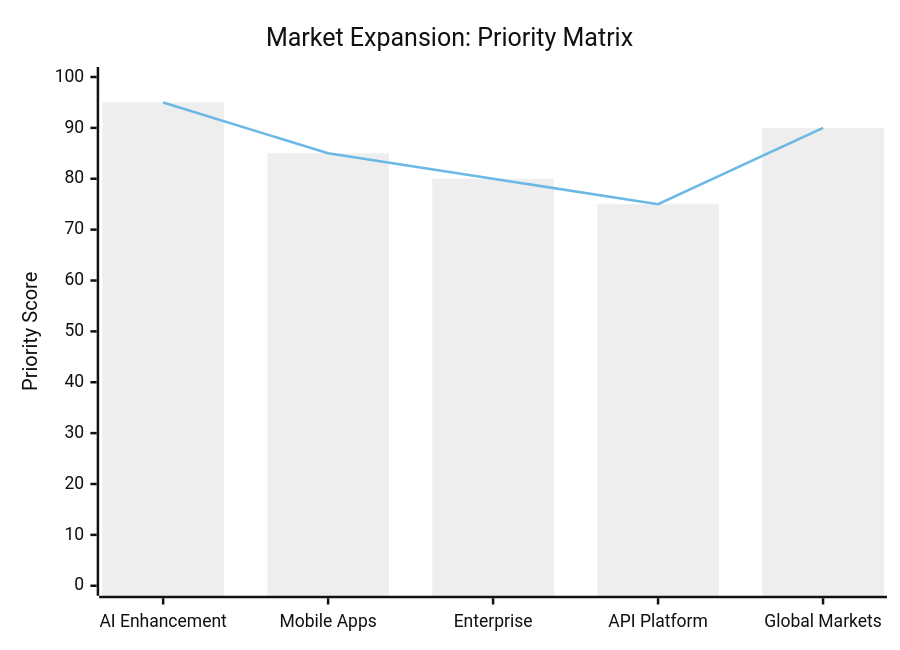
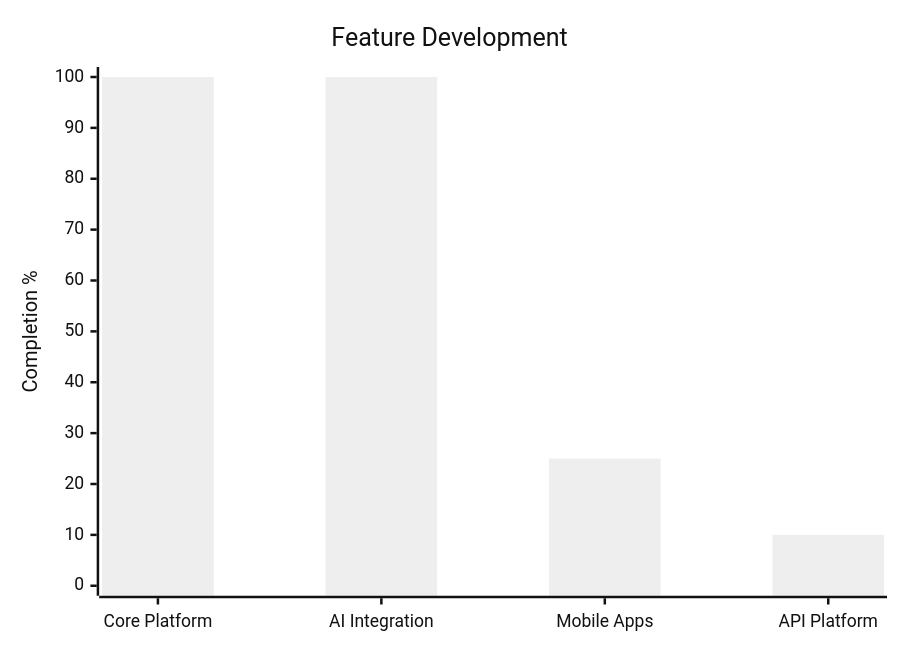
One commit to Iceman-Dann/Medly changed the eighth of 8 diagrams in README.md. Above: the diagram before and after it, drawn with Mermaid (neutral theme). The commit also changed other lines of this file, not shown here.

````diff
--- a/README.md
+++ b/README.md
@@ -213,8 +114,7 @@
 ```mermaid
 xychart-beta
-    title "Market Expansion: Priority Matrix"
-    x-axis ["AI Enhancement", "Mobile Apps", "Enterprise", "API Platform", "Global Markets"]
-    y-axis "Priority Score" 0 --> 100
-    bar [95, 85, 80, 75, 90]
-    line [95, 85, 80, 75, 90]
+    title "Feature Development"
+    x-axis ["Core Platform", "AI Integration", "Mobile Apps", "API Platform"]
+    y-axis "Completion %" 0 --> 100
+    bar [100, 100, 25, 10]
 ```
````
